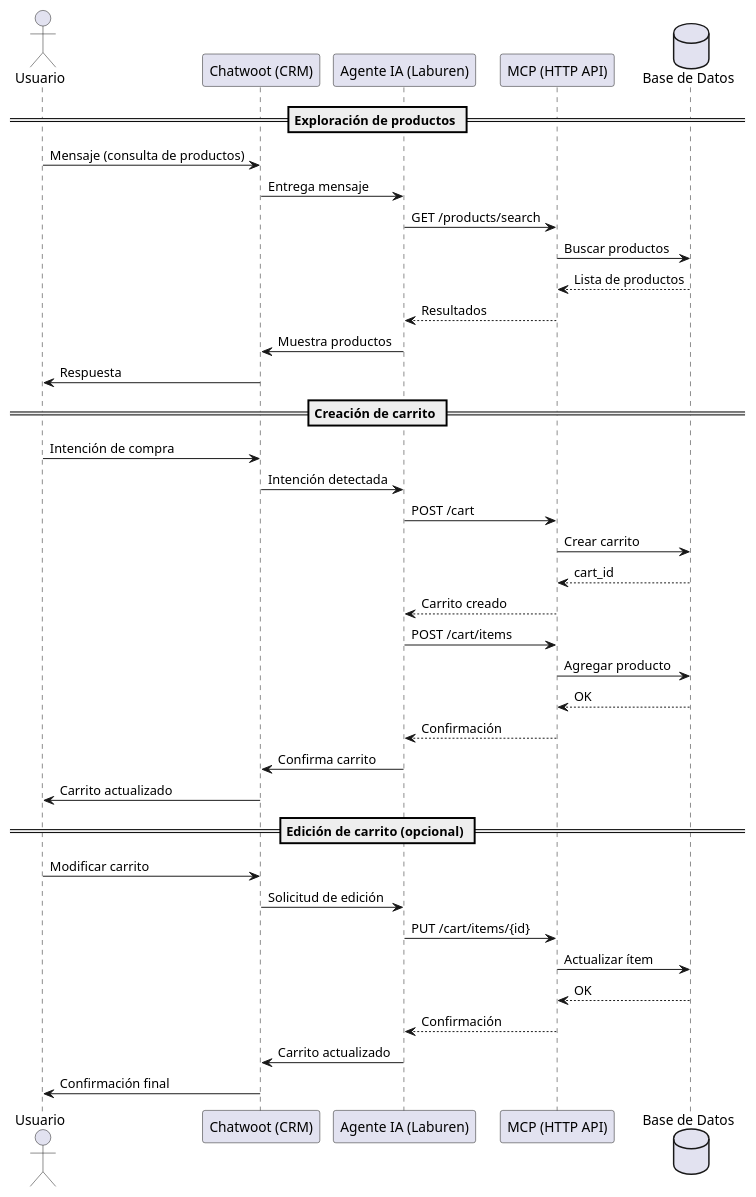
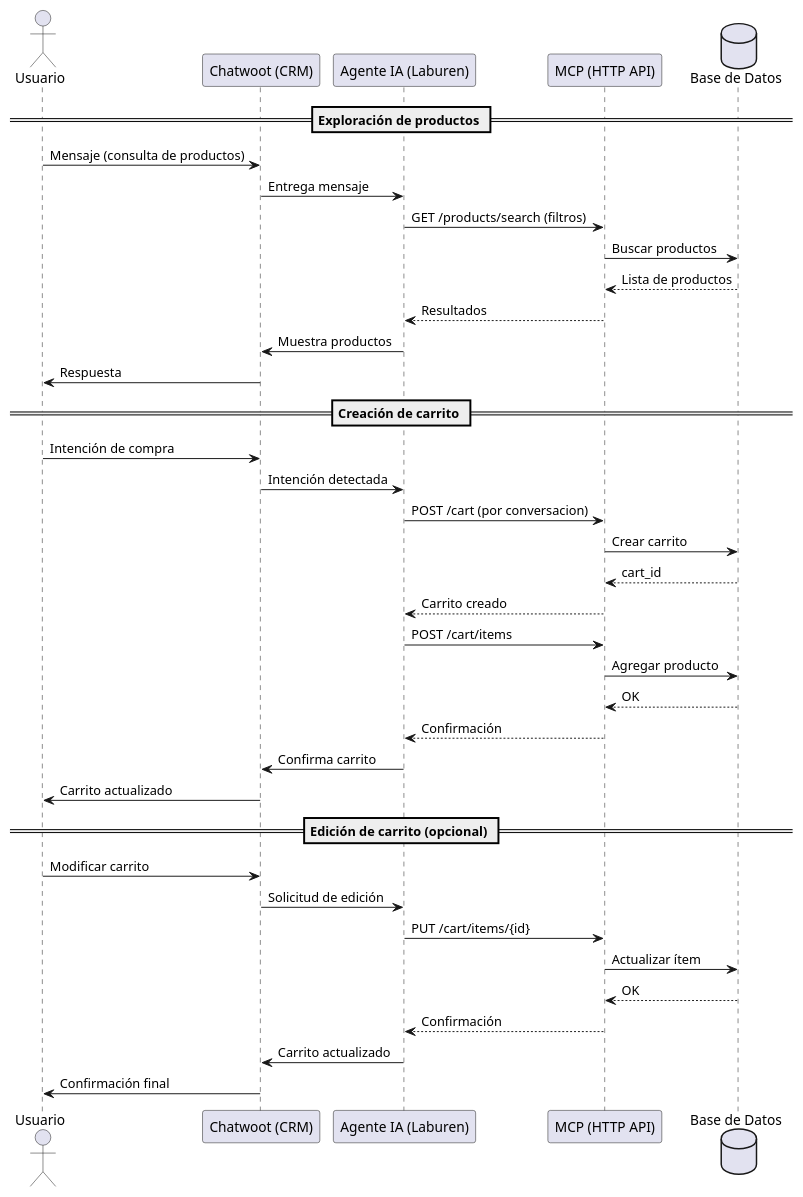
One commit to gianvangeli/ai-sales-agent-mcp changed the diagram in docs/diagrama_flujo_agente.puml. Above: the diagram before and after it, drawn with PlantUML.

Commit message:
docs: fase conceptual del agente IA con endpoints y diagrama de flujo

```diff
--- a/docs/diagrama_flujo_agente.puml
+++ b/docs/diagrama_flujo_agente.puml
@@ -1,51 +1,51 @@
 @startuml
 actor Usuario
 participant "Chatwoot (CRM)" as Chatwoot
 participant "Agente IA (Laburen)" as Agente
 participant "MCP (HTTP API)" as MCP
 database "Base de Datos" as DB
 
 == Exploración de productos ==
 
 Usuario -> Chatwoot: Mensaje (consulta de productos)
 Chatwoot -> Agente: Entrega mensaje
 
-Agente -> MCP: GET /products/search
+Agente -> MCP: GET /products/search (filtros)
 MCP -> DB: Buscar productos
 DB --> MCP: Lista de productos
 MCP --> Agente: Resultados
 
 Agente -> Chatwoot: Muestra productos
 Chatwoot -> Usuario: Respuesta
 
 == Creación de carrito ==
 
 Usuario -> Chatwoot: Intención de compra
 Chatwoot -> Agente: Intención detectada
 
-Agente -> MCP: POST /cart
+Agente -> MCP: POST /cart (por conversacion)
 MCP -> DB: Crear carrito
 DB --> MCP: cart_id
 MCP --> Agente: Carrito creado
 
 Agente -> MCP: POST /cart/items
 MCP -> DB: Agregar producto
 DB --> MCP: OK
 MCP --> Agente: Confirmación
 
 Agente -> Chatwoot: Confirma carrito
 Chatwoot -> Usuario: Carrito actualizado
 
 == Edición de carrito (opcional) ==
 
 Usuario -> Chatwoot: Modificar carrito
 Chatwoot -> Agente: Solicitud de edición
 
 Agente -> MCP: PUT /cart/items/{id}
 MCP -> DB: Actualizar ítem
 DB --> MCP: OK
 MCP --> Agente: Confirmación
 
 Agente -> Chatwoot: Carrito actualizado
 Chatwoot -> Usuario: Confirmación final
 @enduml
```
